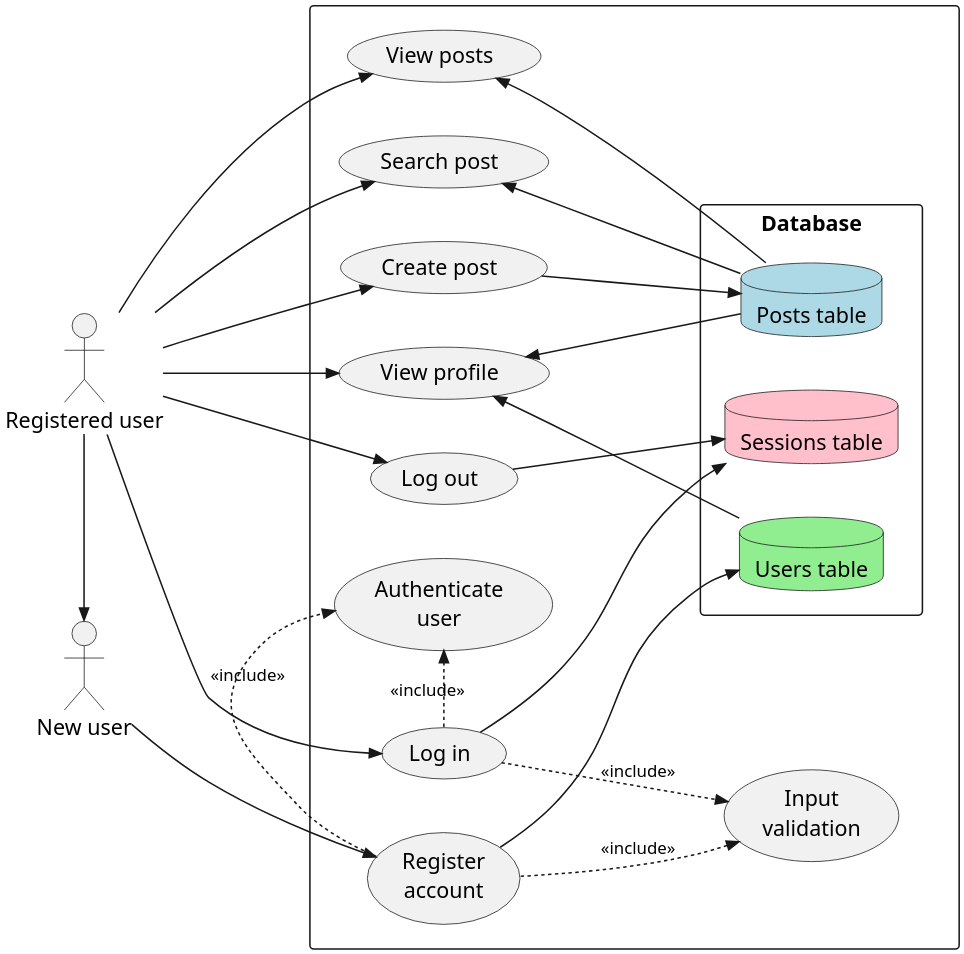
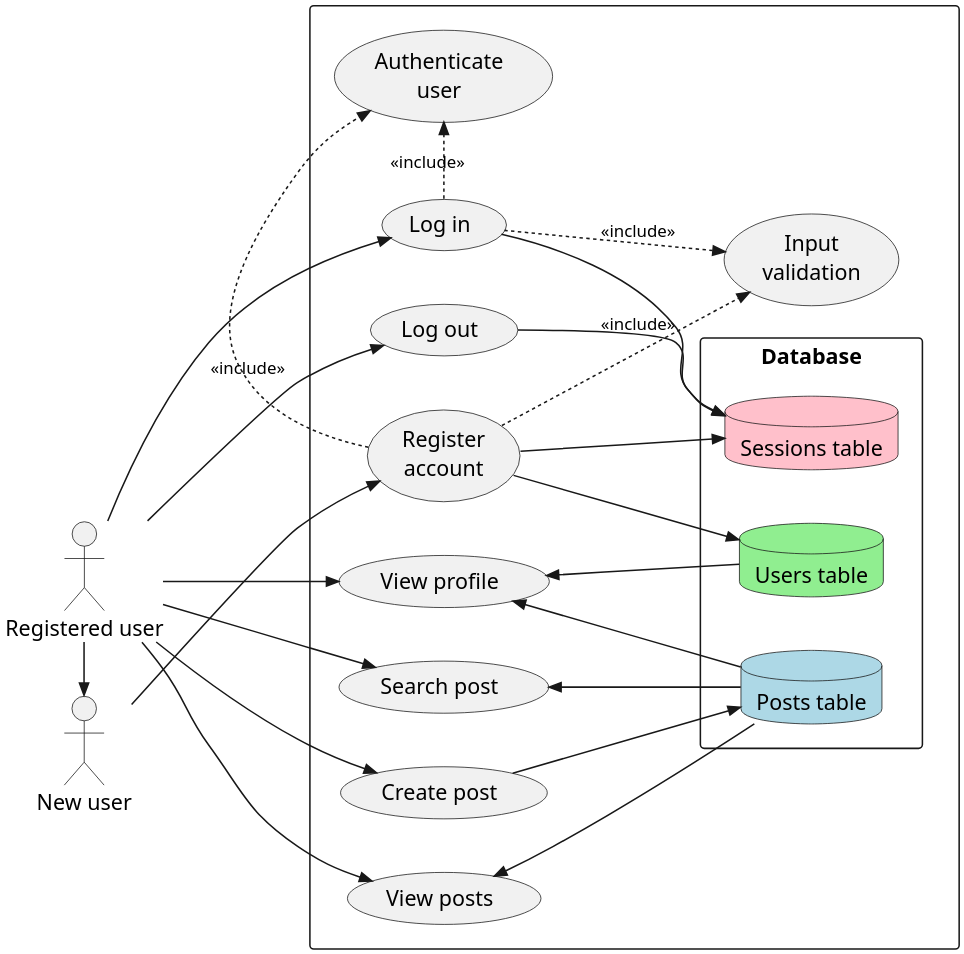
Before and after one commit to Heliodex/Advanced-Higher: the diagram in docs/design.puml, drawn with PlantUML. The commit also changed 9 other files, not shown here.

```diff
--- a/docs/design.puml
+++ b/docs/design.puml
@@ -1,53 +1,54 @@
 @startuml uml
 left to right direction
 skinparam dpi 300
 skinparam DefaultFontName "Readex Pro Deca"
 
 :Registered user: as ruser
 :New user: as user
 
 rectangle {
 	usecase "Log in" as login
 	usecase "Register\naccount" as register
 	usecase "Authenticate\nuser" as auth
 	usecase "Input\nvalidation" as input
 
 	usecase "Create post" as createpost
 	usecase "View posts" as viewposts
 	usecase "Search post" as searchpost
 	usecase "View profile" as viewprofile
 	usecase "Log out" as logout
 
 	login .>> auth: <font size=11><<include>></font>
 	register .>> auth: <font size=11><<include>></font>
 
 	register ..>> input: <font size=11><<include>></font>
 	login ..>> input: <font size=11><<include>></font>
 
 	rectangle Database {
 		' should have session table, user table, and post table
 		database "Sessions table" as sessions #pink
 		database "Users table" as users #lightgreen
 		database "Posts table" as posts #lightblue
 
 		login -->> sessions
+		register -->> sessions
 		register -->> users
 		createpost -->> posts
 		viewposts <<-- posts
 		searchpost <<-- posts
 		viewprofile <<-- users
 		viewprofile <<-- posts
 		logout -->> sessions
 	}
 }
 
 ruser ->> user
 
 user -->> register
 ruser -->> login
 ruser -->> createpost
 ruser -->> searchpost
 ruser -->> viewposts
 ruser -->> viewprofile
 ruser -->> logout
 @enduml
```
